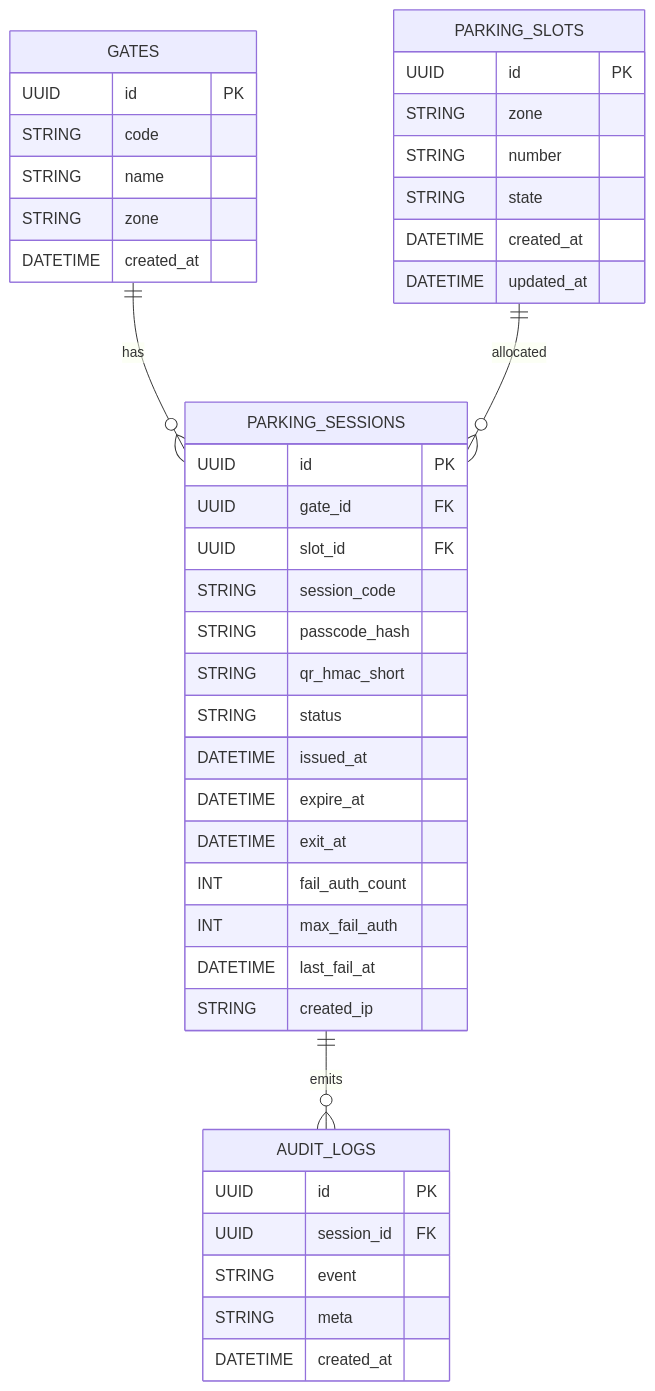
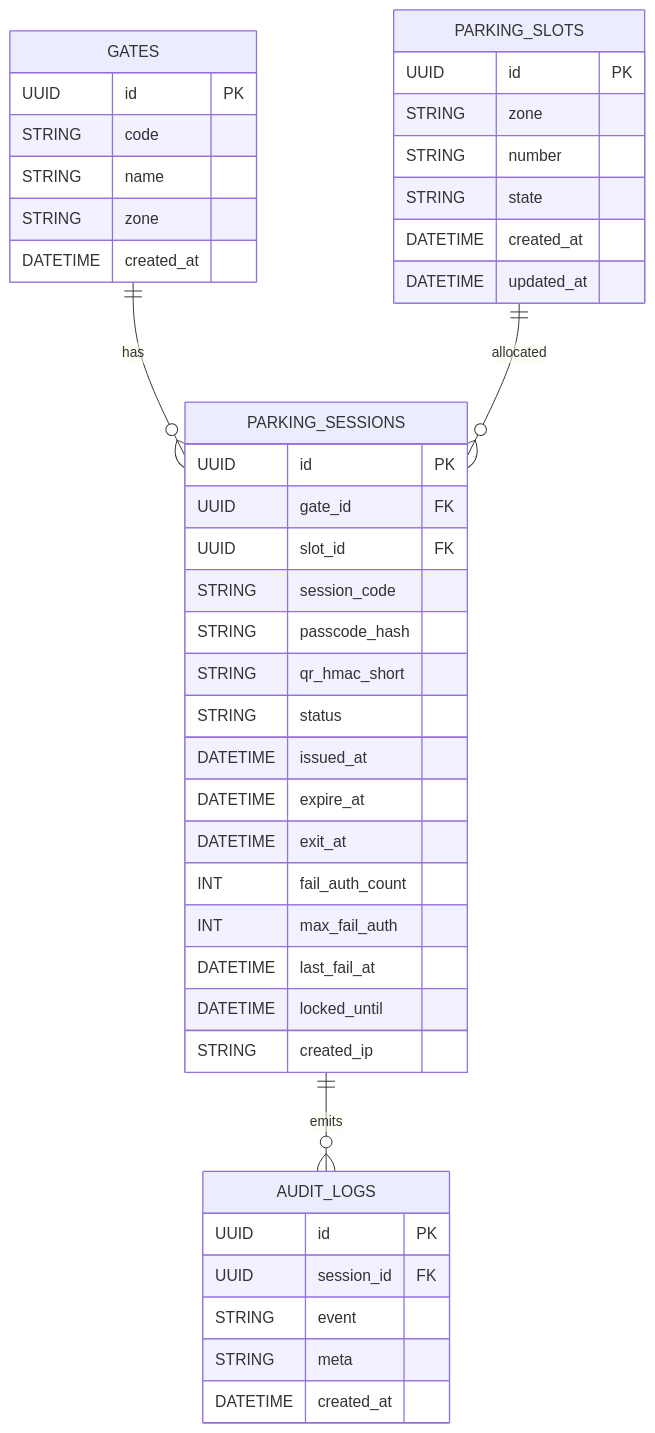
One commit to bvkjdbdbbd/hello changed the first of 3 diagrams in README.md. Above: the diagram before and after it, drawn with Mermaid. The commit also changed other lines of this file, not shown here.

````diff
--- a/README.md
+++ b/README.md
@@ -72,50 +74,50 @@
 ```mermaid
 erDiagram
-  %% Relationships
   GATES ||--o{ PARKING_SESSIONS : has
   PARKING_SLOTS ||--o{ PARKING_SESSIONS : allocated
   PARKING_SESSIONS ||--o{ AUDIT_LOGS : emits
 
-  %% Tables
   GATES {
     UUID id PK
     STRING code
     STRING name
     STRING zone
     DATETIME created_at
   }
 
   PARKING_SLOTS {
     UUID id PK
     STRING zone
     STRING number
     STRING state
     DATETIME created_at
     DATETIME updated_at
   }
 
   PARKING_SESSIONS {
     UUID id PK
     UUID gate_id FK
     UUID slot_id FK
     STRING session_code
     STRING passcode_hash
     STRING qr_hmac_short
     STRING status
     DATETIME issued_at
     DATETIME expire_at
     DATETIME exit_at
     INT fail_auth_count
     INT max_fail_auth
     DATETIME last_fail_at
+    DATETIME locked_until
     STRING created_ip
   }
 
   AUDIT_LOGS {
     UUID id PK
     UUID session_id FK
     STRING event
     STRING meta
     DATETIME created_at
   }
+
 ```
````
